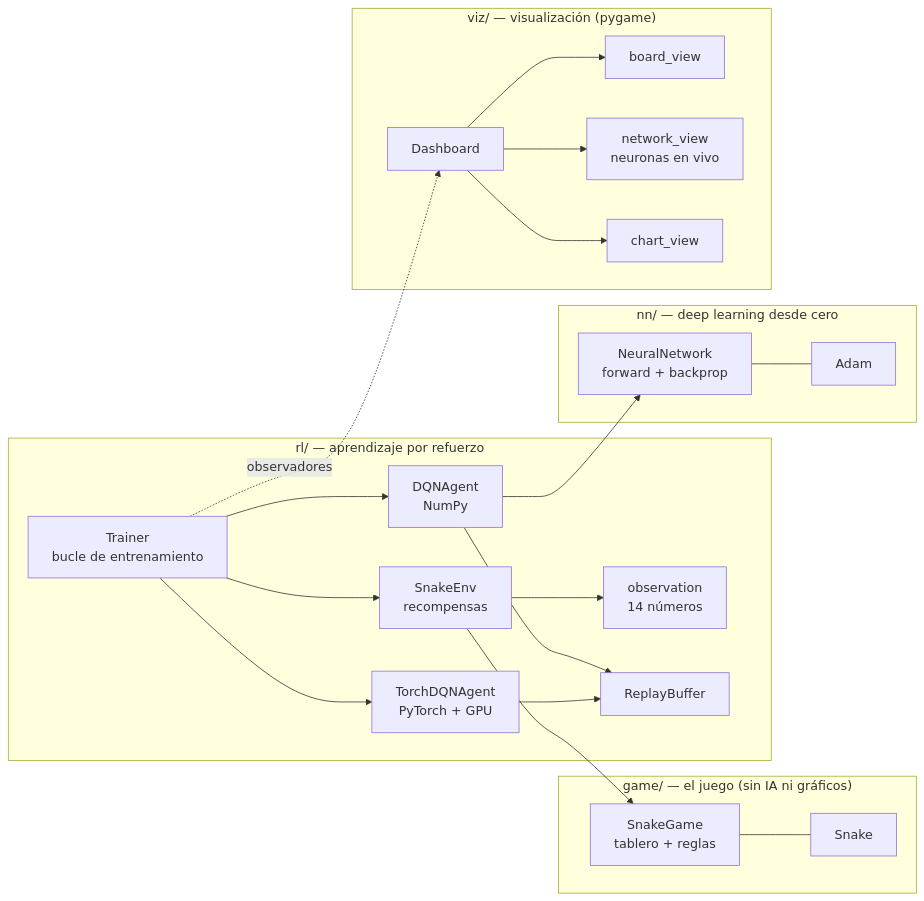
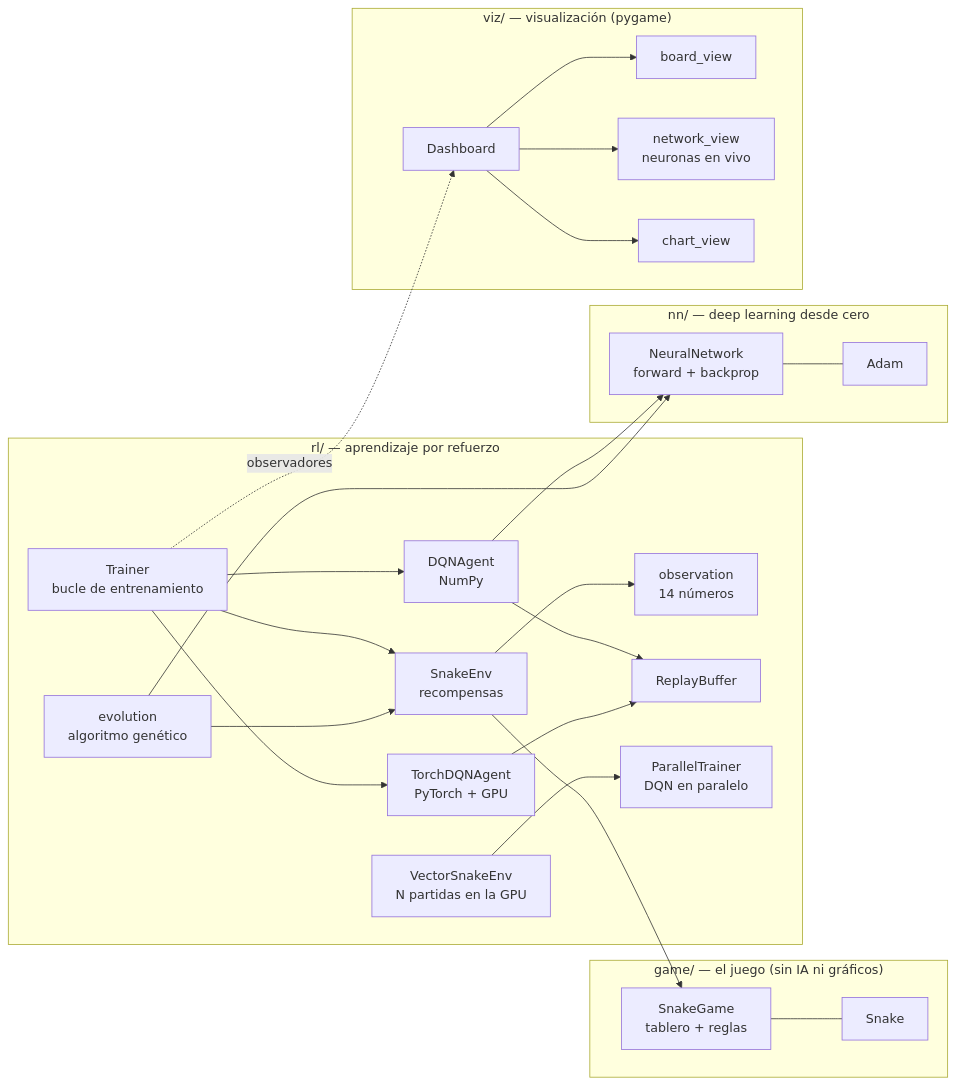
The diagram in README.md (Hben8/Snake), drawn with Mermaid before and after one commit. The commit also changed other lines of this file and 10 other files, not shown here.

````diff
--- a/README.md
+++ b/README.md
@@ -347,26 +386,30 @@
 ```mermaid
 flowchart LR
     subgraph game["game/ — el juego (sin IA ni gráficos)"]
         SG[SnakeGame<br/>tablero + reglas] --- SN[Snake]
     end
     subgraph rl["rl/ — aprendizaje por refuerzo"]
         ENV[SnakeEnv<br/>recompensas] --> OBS[observation<br/>14 números]
         AG[DQNAgent<br/>NumPy] --> RB[ReplayBuffer]
         TA[TorchDQNAgent<br/>PyTorch + GPU] --> RB
         TR[Trainer<br/>bucle de entrenamiento]
+        VEC[VectorSnakeEnv<br/>N partidas en la GPU] --> PT[ParallelTrainer<br/>DQN en paralelo]
+        EV[evolution<br/>algoritmo genético]
     end
     subgraph nn["nn/ — deep learning desde cero"]
         NET[NeuralNetwork<br/>forward + backprop] --- OPT[Adam]
     end
     subgraph viz["viz/ — visualización (pygame)"]
         DASH[Dashboard] --> BV[board_view]
         DASH --> NV[network_view<br/>neuronas en vivo]
         DASH --> CV[chart_view]
     end
     ENV --> SG
     AG --> NET
     TR --> ENV
     TR --> AG
     TR --> TA
+    EV --> ENV
+    EV --> NET
     TR -. "observadores" .-> DASH
 ```
````
